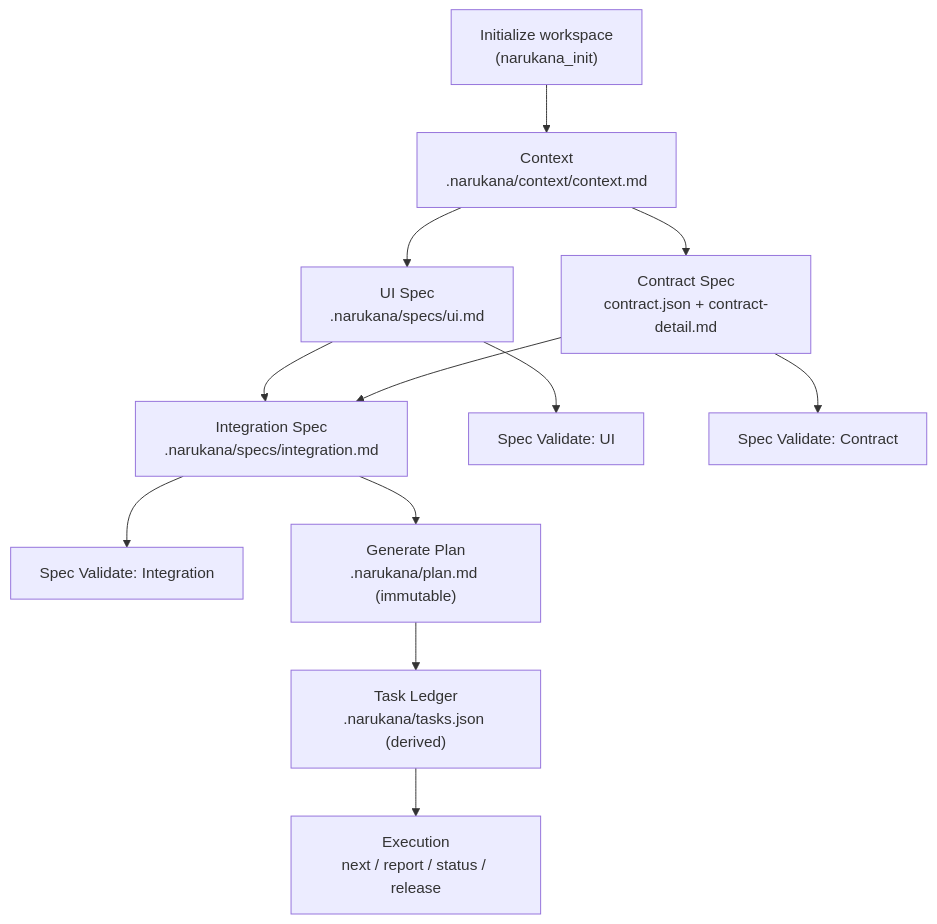
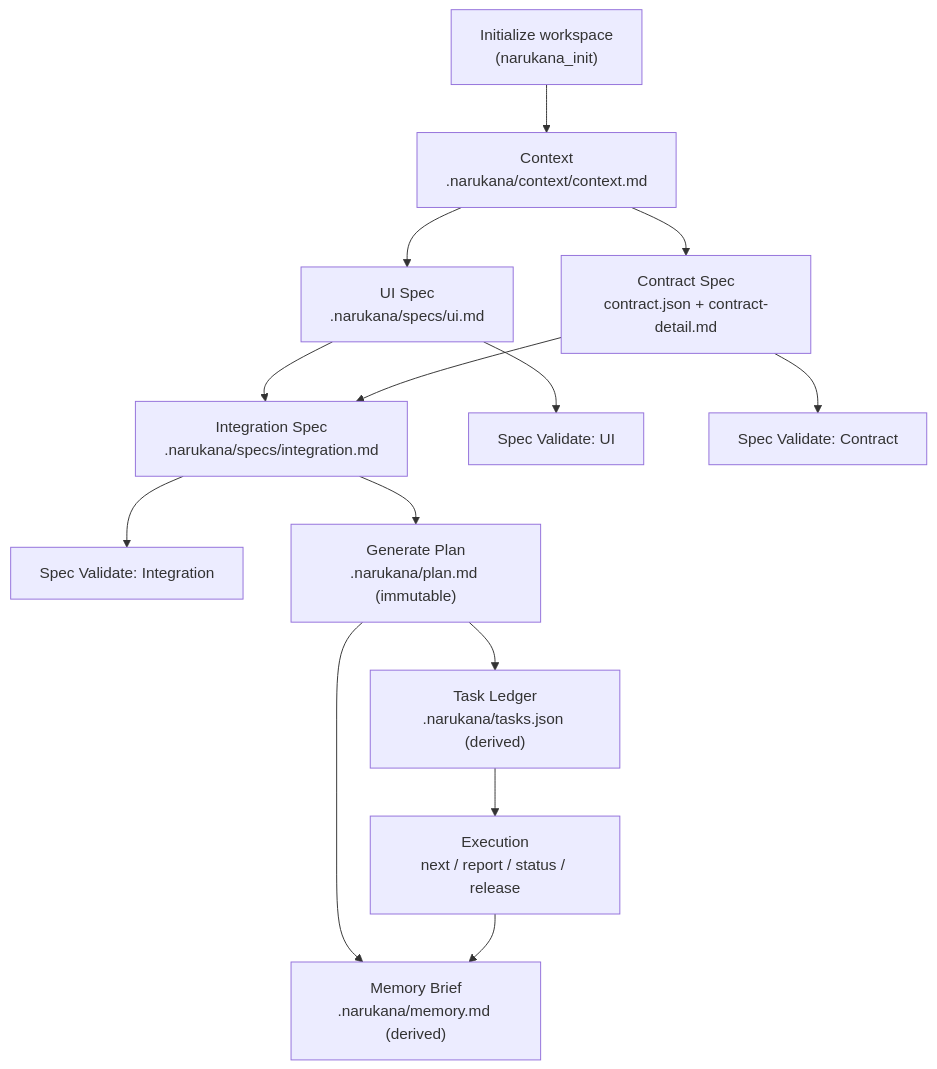
One commit to Rezacrown/Narukana changed the diagram in README.md. Above: the diagram before and after it, drawn with Mermaid. The commit also changed other lines of this file and 44 other files, not shown here.

Commit message:
feat: add derived memory brief for consistent multi-agent sessions and fix issue from task.json

````diff
--- a/README.md
+++ b/README.md
@@ -35,16 +36,18 @@
 ```mermaid
 flowchart TD
   A["Initialize workspace\n(narukana_init)"] --> B["Context\n.narukana/context/context.md"]
   B --> C["UI Spec\n.narukana/specs/ui.md"]
   B --> D["Contract Spec\ncontract.json + contract-detail.md"]
   C --> E["Integration Spec\n.narukana/specs/integration.md"]
   D --> E
 
   C --> V1["Spec Validate: UI"]
   D --> V2["Spec Validate: Contract"]
   E --> V3["Spec Validate: Integration"]
 
   E --> P["Generate Plan\n.narukana/plan.md (immutable)"]
   P --> T["Task Ledger\n.narukana/tasks.json (derived)"]
+  P --> M["Memory Brief\n.narukana/memory.md (derived)"]
   T --> X["Execution\nnext / report / status / release"]
+  X --> M
 ```
````
